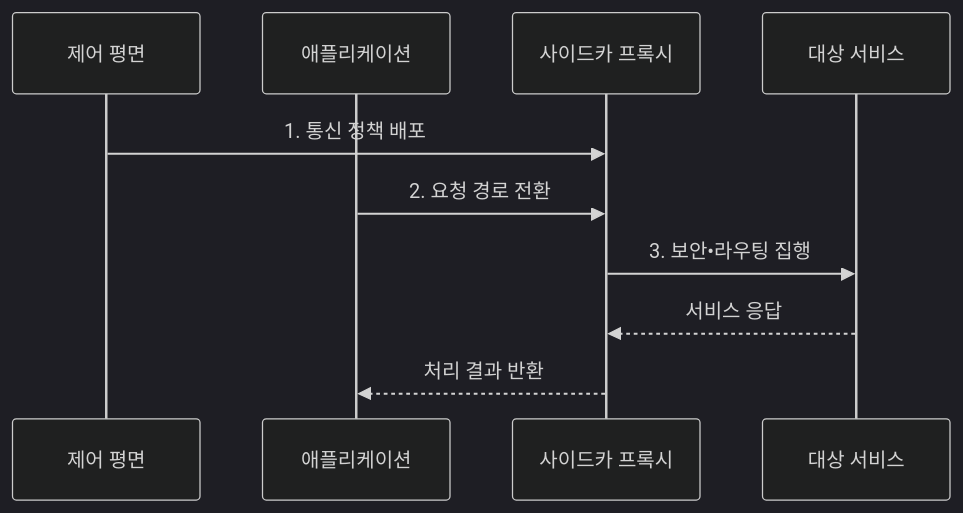
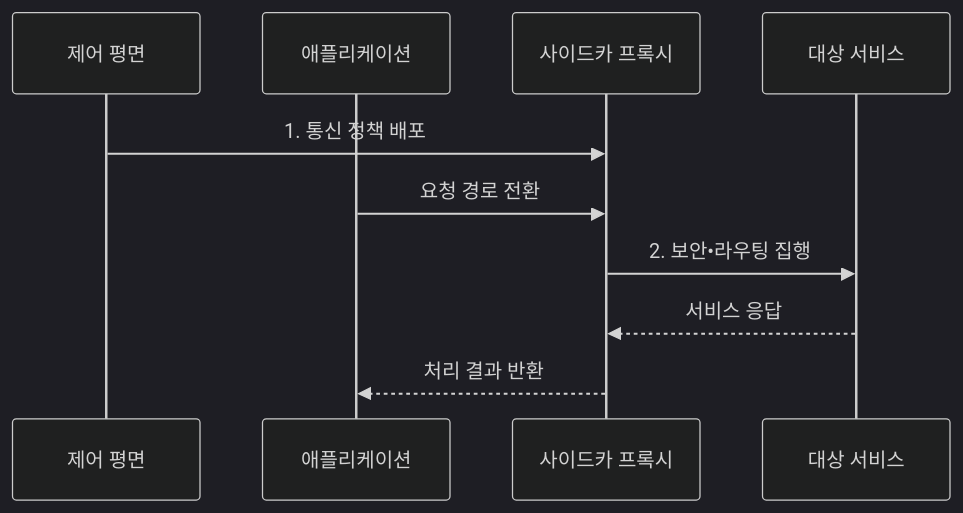
The second of 2 diagrams in src/content/docs/notes/08-latest-tech/164_sidecar_proxy.md (agnusdei1207/knowledge-base), drawn with Mermaid (dark theme) before and after one commit. The commit also changed other lines of this file and 4 other files, not shown here.

````diff
--- a/src/content/docs/notes/08-latest-tech/164_sidecar_proxy.md
+++ b/src/content/docs/notes/08-latest-tech/164_sidecar_proxy.md
@@ -105,12 +105,12 @@
 ```mermaid
 sequenceDiagram
   participant C as 제어 평면
   participant A as 애플리케이션
   participant P as 사이드카 프록시
   participant D as 대상 서비스
   C->>P: 1. 통신 정책 배포
-    A->>P: 2. 요청 경로 전환
-  P->>D: 3. 보안•라우팅 집행
+  A->>P: 요청 경로 전환
+  P->>D: 2. 보안•라우팅 집행
   D-->>P: 서비스 응답
   P-->>A: 처리 결과 반환
 ```
````
